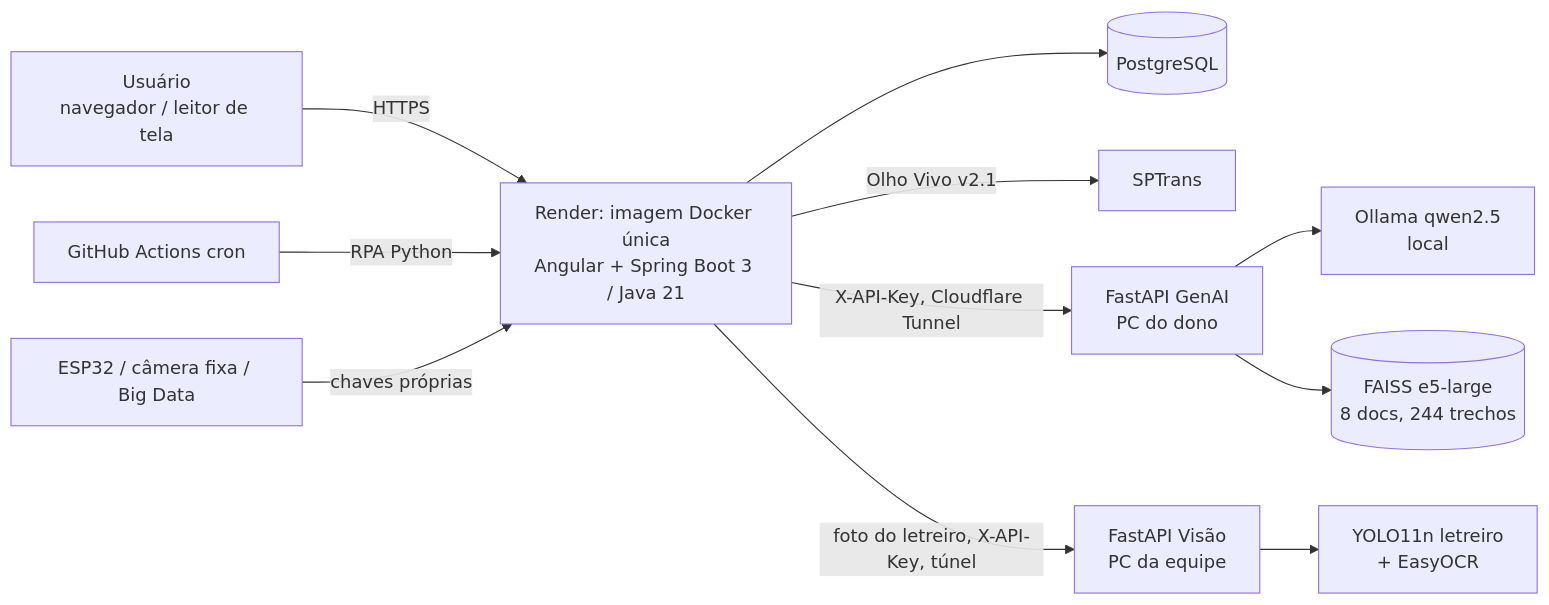
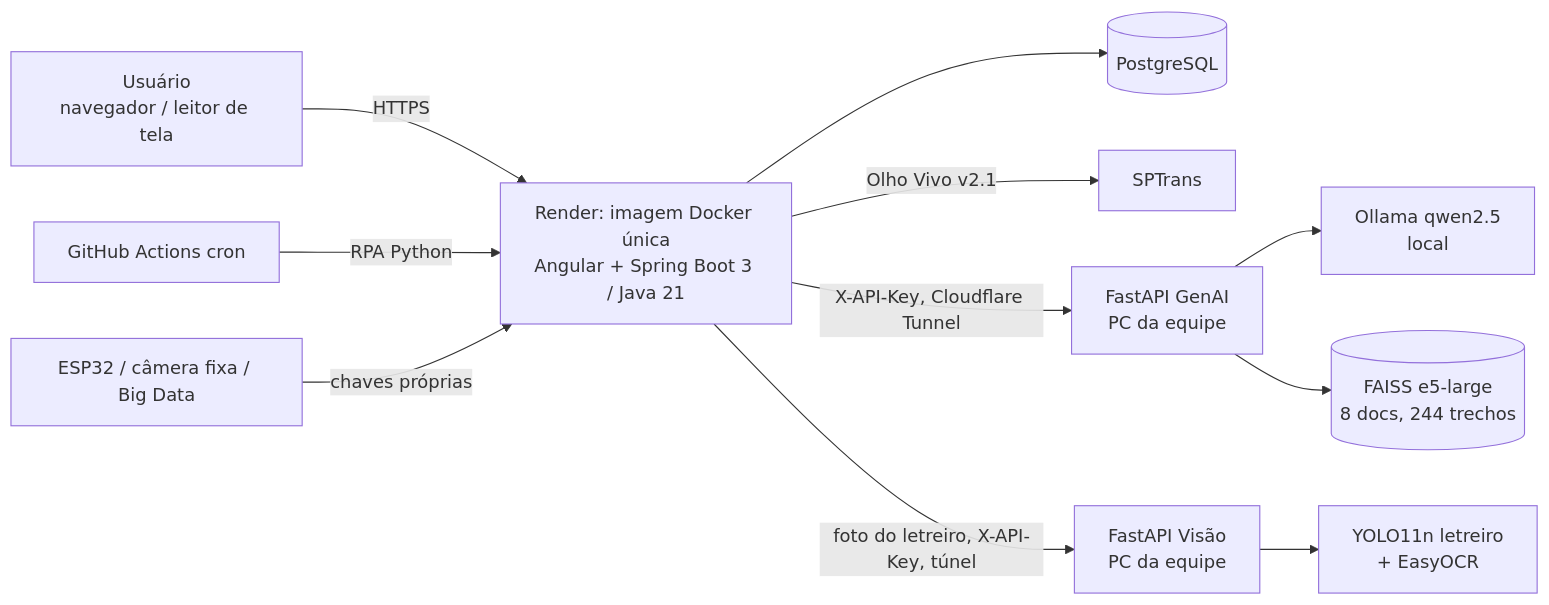
Before and after one commit to pedrobicas/ponto-falante: the diagram in README.md, drawn with Mermaid. The commit also changed other lines of this file and 89 other files, not shown here.

````diff
--- a/README.md
+++ b/README.md
@@ -62,13 +59,13 @@
 ```mermaid
 flowchart LR
   U[Usuário<br/>navegador / leitor de tela] -->|HTTPS| R[Render: imagem Docker única<br/>Angular + Spring Boot 3 / Java 21]
   R --> DB[(PostgreSQL)]
   R -->|Olho Vivo v2.1| S[SPTrans]
-  R -->|X-API-Key, Cloudflare Tunnel| G[FastAPI GenAI<br/>PC do dono]
+  R -->|X-API-Key, Cloudflare Tunnel| G[FastAPI GenAI<br/>PC da equipe]
   G --> O[Ollama qwen2.5<br/>local]
   G --> F[(FAISS e5-large<br/>8 docs, 244 trechos)]
   A[GitHub Actions cron] -->|RPA Python| R
   R -->|foto do letreiro, X-API-Key, túnel| V[FastAPI Visão<br/>PC da equipe]
   V --> Y[YOLO11n letreiro<br/>+ EasyOCR]
   E[ESP32 / câmera fixa / Big Data] -->|chaves próprias| R
 ```
````
